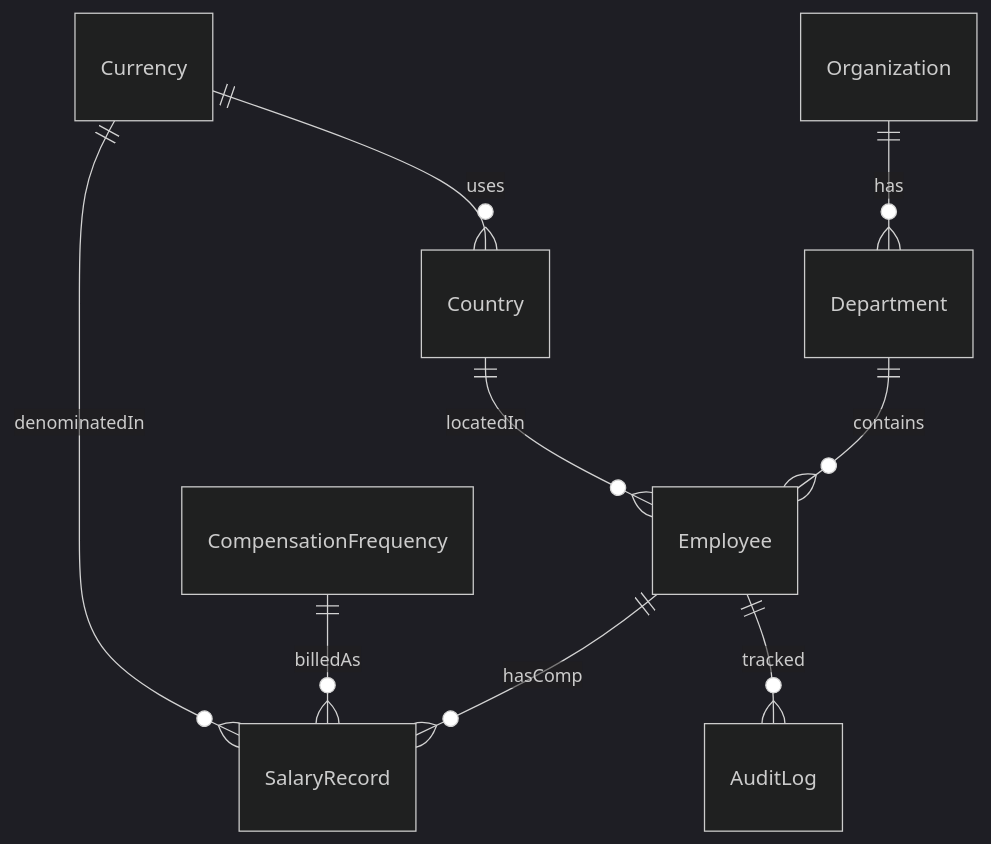
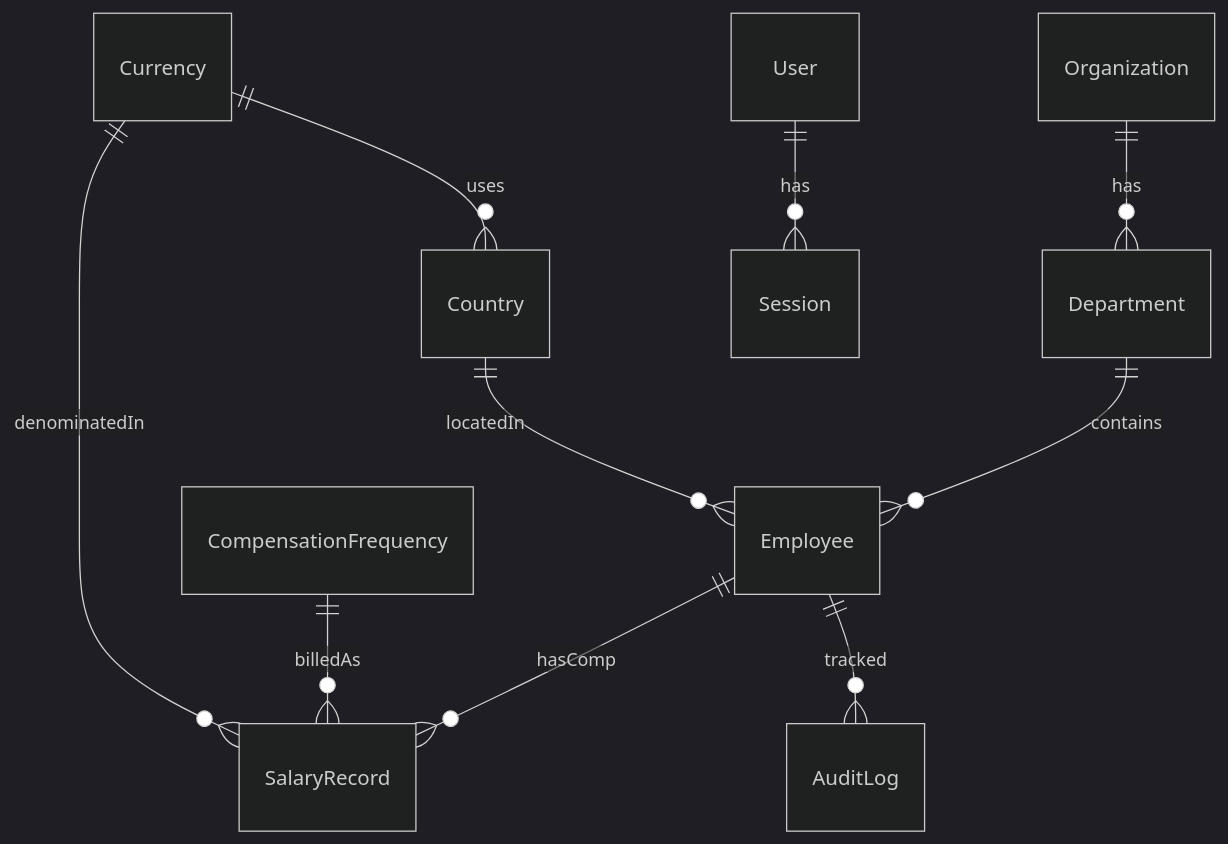
Before and after one commit to surajkumarchoudhury/pay-lens: the diagram in docs/architecture.md, drawn with Mermaid (dark theme). The commit also changed other lines of this file and 6 other files, not shown here.

Commit message:
docs: rewrite README and align architecture doc with code

````diff
--- a/docs/architecture.md
+++ b/docs/architecture.md
@@ -40,11 +40,12 @@
 ```mermaid
 erDiagram
     Organization ||--o{ Department : has
     Currency ||--o{ Country : uses
     Currency ||--o{ SalaryRecord : denominatedIn
     Country ||--o{ Employee : locatedIn
     Department ||--o{ Employee : contains
     CompensationFrequency ||--o{ SalaryRecord : billedAs
     Employee ||--o{ SalaryRecord : hasComp
     Employee ||--o{ AuditLog : tracked
+    User ||--o{ Session : has
 ```
````
